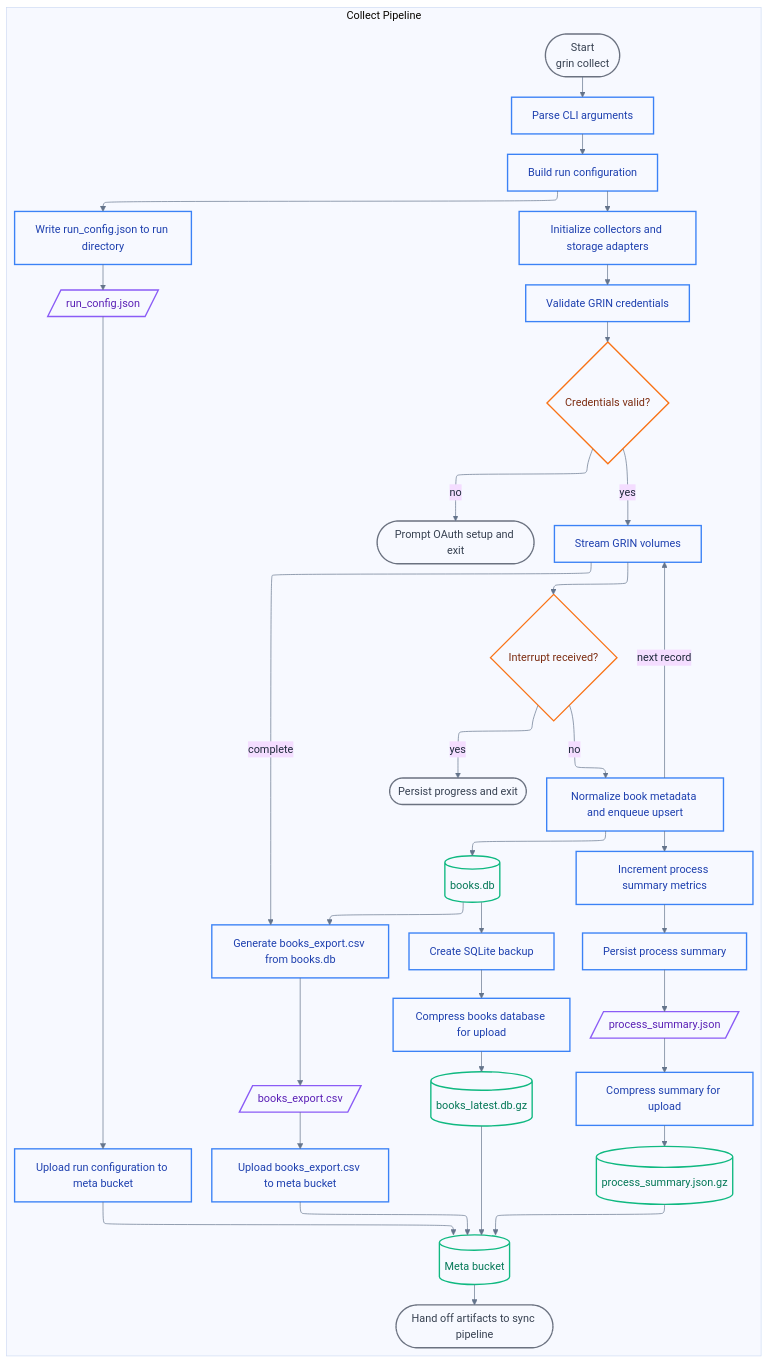
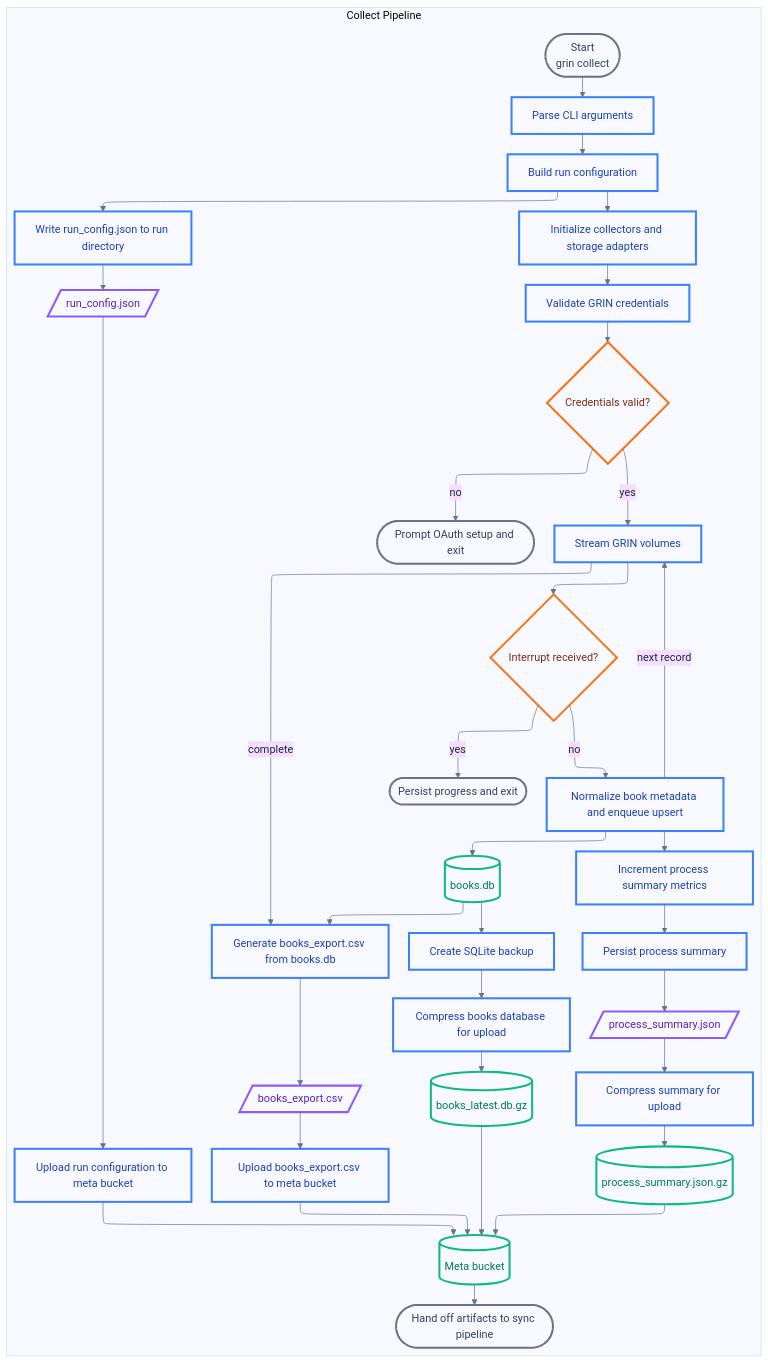
The diagram in docs/diagrams/collect-pipeline.mmd (institutional/grin-transfer), drawn with Mermaid before and after one commit. The commit also changed 10 other files, not shown here.

Commit message:
Add diagrams with larger fonts and thicker lines

```diff
--- a/docs/diagrams/collect-pipeline.mmd
+++ b/docs/diagrams/collect-pipeline.mmd
@@ -1,42 +1,42 @@
 %%{init: {"theme": "base", "themeVariables": {"primaryTextColor": "#1e293b", "primaryBorderColor": "#475569", "lineColor": "#64748b", "background": "transparent", "mainBkg": "transparent", "secondBkg": "transparent"}, "flowchart": {"defaultRenderer": "elk", "elk": {"elk.direction": "DOWN"}}}}%%
 flowchart TB
     subgraph Collect Pipeline
         Start([Start<br/>grin collect]):::terminal --> Parse[Parse CLI arguments]:::process
         Parse --> Configure[Build run configuration]:::process
         Configure --> WriteConfig[Write run_config.json to run directory]:::process
         WriteConfig --> RunConfig[/run_config.json/]:::io
         RunConfig --> UploadConfig[Upload run configuration to meta bucket]:::process
         Configure --> Init[Initialize collectors and storage adapters]:::process
         Init --> Validate[Validate GRIN credentials]:::process
         Validate --> Creds{Credentials valid?}:::decision
         Creds -->|no| Abort([Prompt OAuth setup and exit]):::terminal
         Creds -->|yes| Stream[Stream GRIN volumes]:::process
         Stream --> Interrupt{Interrupt received?}:::decision
         Interrupt -->|yes| Graceful([Persist progress and exit]):::terminal
         Interrupt -->|no| ProcessRecord[Normalize book metadata and enqueue upsert]:::process
         ProcessRecord --> BooksDB[(books.db)]:::storage
         ProcessRecord --> Summary[Increment process summary metrics]:::process
         ProcessRecord -->|next record| Stream
         Stream -->|complete| ExportCSV[Generate books_export.csv from books.db]:::process
         BooksDB --> ExportCSV
         ExportCSV --> BooksCSV[/books_export.csv/]:::io
         Summary --> PersistSummary[Persist process summary]:::process
         PersistSummary --> SummaryJson[/process_summary.json/]:::io
         SummaryJson --> CompressSummary[Compress summary for upload]:::process
         CompressSummary --> SummaryGz[(process_summary.json.gz)]:::storage
         BooksCSV --> UploadCSV[Upload books_export.csv to meta bucket]:::process
         BooksDB --> BackupDB[Create SQLite backup]:::process
         BackupDB --> CompressDB[Compress books database for upload]:::process
         CompressDB --> DatabaseGz[(books_latest.db.gz)]:::storage
         UploadConfig --> MetaBucket[(Meta bucket)]:::storage
         UploadCSV --> MetaBucket
         SummaryGz --> MetaBucket
         DatabaseGz --> MetaBucket
         MetaBucket --> Handoff([Hand off artifacts to sync pipeline]):::terminal
     end
 
-    classDef terminal fill:none,stroke:#6b7280,stroke-width:2px,color:#374151
-    classDef process fill:none,stroke:#3b82f6,stroke-width:2px,color:#1e40af
-    classDef storage fill:none,stroke:#10b981,stroke-width:2px,color:#047857
-    classDef io fill:none,stroke:#8b5cf6,stroke-width:2px,color:#5b21b6
-    classDef decision fill:none,stroke:#f97316,stroke-width:2px,color:#7c2d12
+    classDef terminal fill:none,stroke:#6b7280,stroke-width:3px,color:#374151
+    classDef process fill:none,stroke:#3b82f6,stroke-width:3px,color:#1e40af
+    classDef storage fill:none,stroke:#10b981,stroke-width:3px,color:#047857
+    classDef io fill:none,stroke:#8b5cf6,stroke-width:3px,color:#5b21b6
+    classDef decision fill:none,stroke:#f97316,stroke-width:3px,color:#7c2d12
```
